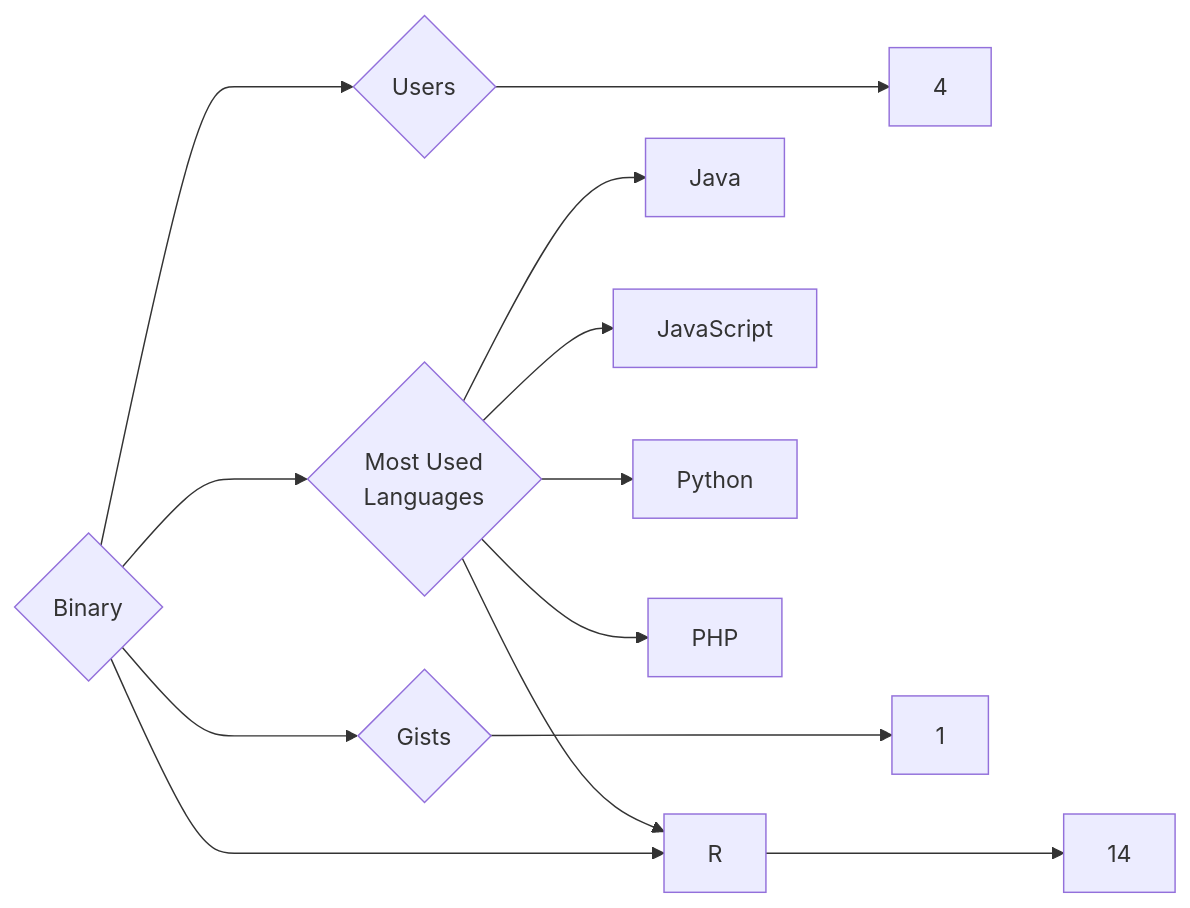
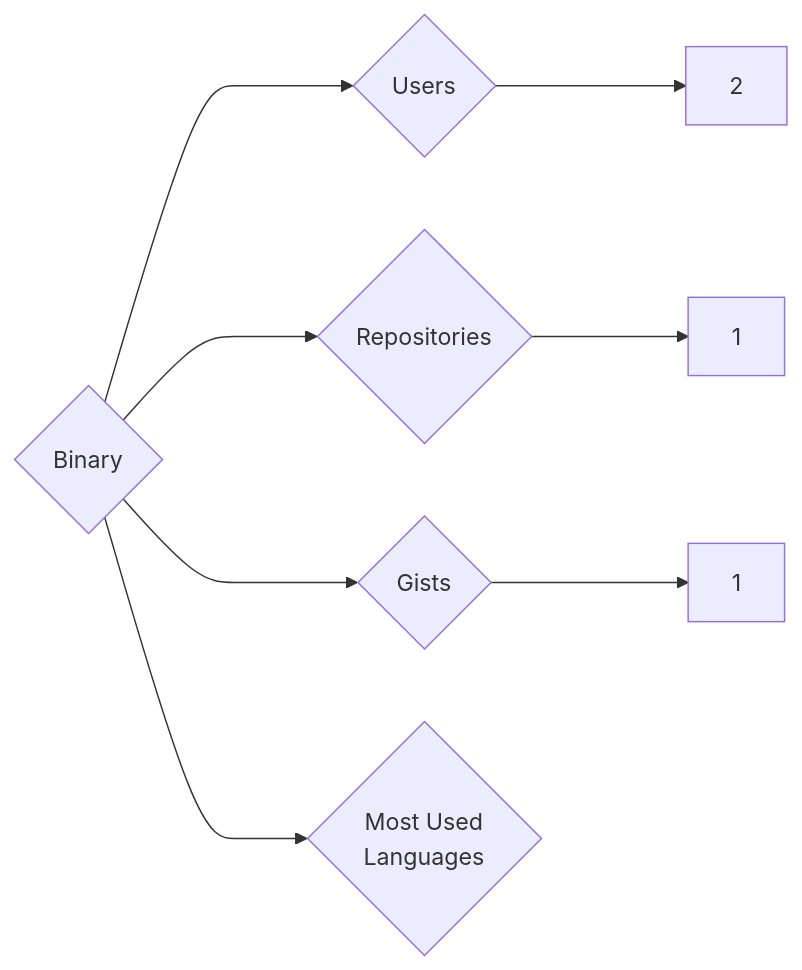
The diagram in targets/Binary/README.md (trickest/insiders), drawn with Mermaid before and after one commit. The commit also changed 699 other files, not shown here.

````diff
--- a/targets/Binary/README.md
+++ b/targets/Binary/README.md
@@ -3,13 +3,8 @@
 ```mermaid
 graph LR
 COMPANY_NAME{Binary}
-COMPANY_NAME ---> U{Users} ---> UN[4]
-COMPANY_NAME ---> R{Repositories} ---> RN[14]
+COMPANY_NAME ---> U{Users} ---> UN[2]
+COMPANY_NAME ---> R{Repositories} ---> RN[1]
 COMPANY_NAME ---> G{Gists} ---> GN[1]
 COMPANY_NAME ---> ML{Most Used<br>Languages}
-ML --> Java[Java]
-ML --> JavaScript[JavaScript]
-ML --> R[R]
-ML --> Python[Python]
-ML --> PHP[PHP]
 ```
````
